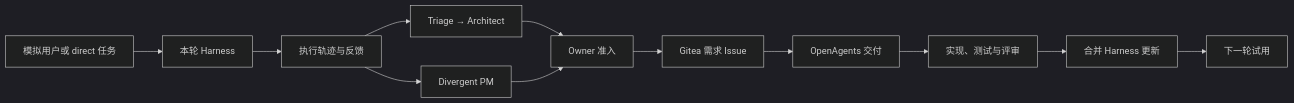
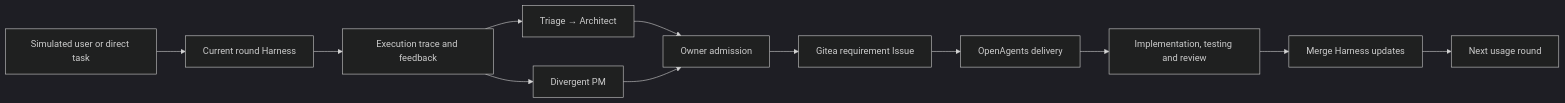
Before and after one commit to Curry09/AHE-Beta: the diagram in docs/ARCHITECTURE.md, drawn with Mermaid (dark theme). The commit also changed other lines of this file and 531 other files, not shown here.

````diff
--- a/docs/ARCHITECTURE.md
+++ b/docs/ARCHITECTURE.md
@@ -7,14 +7,14 @@
 ```mermaid
 flowchart LR
-    U[模拟用户或 direct 任务] --> H[本轮 Harness]
-    H --> R[执行轨迹与反馈]
+    U[Simulated user or direct task] --> H[Current round Harness]
+    H --> R[Execution trace and feedback]
     R --> T[Triage → Architect]
     R --> P[Divergent PM]
-    T --> O[Owner 准入]
+    T --> O[Owner admission]
     P --> O
-    O --> I[Gitea 需求 Issue]
-    I --> A[OpenAgents 交付]
-    A --> PR[实现、测试与评审]
-    PR --> M[合并 Harness 更新]
-    M --> N[下一轮试用]
+    O --> I[Gitea requirement Issue]
+    I --> A[OpenAgents delivery]
+    A --> PR[Implementation, testing and review]
+    PR --> M[Merge Harness updates]
+    M --> N[Next usage round]
 ```
````
